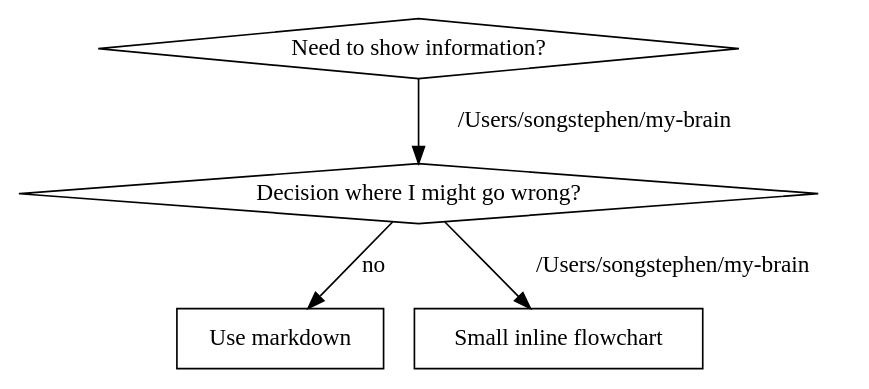
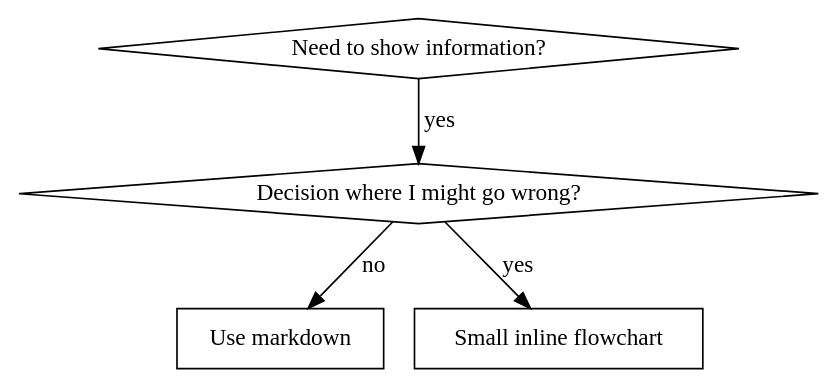
One commit to songstephen123/Obsidian-Brain-OS changed the first of 2 diagrams in skills/recommended/writing-skills/SKILL.md. Above: the diagram before and after it, drawn with Graphviz. The commit also changed 13 other files, not shown here.

````diff
--- a/skills/recommended/writing-skills/SKILL.md
+++ b/skills/recommended/writing-skills/SKILL.md
@@ -292,12 +292,12 @@
 ```dot
 digraph when_flowchart {
     "Need to show information?" [shape=diamond];
     "Decision where I might go wrong?" [shape=diamond];
     "Use markdown" [shape=box];
     "Small inline flowchart" [shape=box];
 
-    "Need to show information?" -> "Decision where I might go wrong?" [label="/Users/songstephen/my-brain"];
-    "Decision where I might go wrong?" -> "Small inline flowchart" [label="/Users/songstephen/my-brain"];
+    "Need to show information?" -> "Decision where I might go wrong?" [label="yes"];
+    "Decision where I might go wrong?" -> "Small inline flowchart" [label="yes"];
     "Decision where I might go wrong?" -> "Use markdown" [label="no"];
 }
 ```
````
